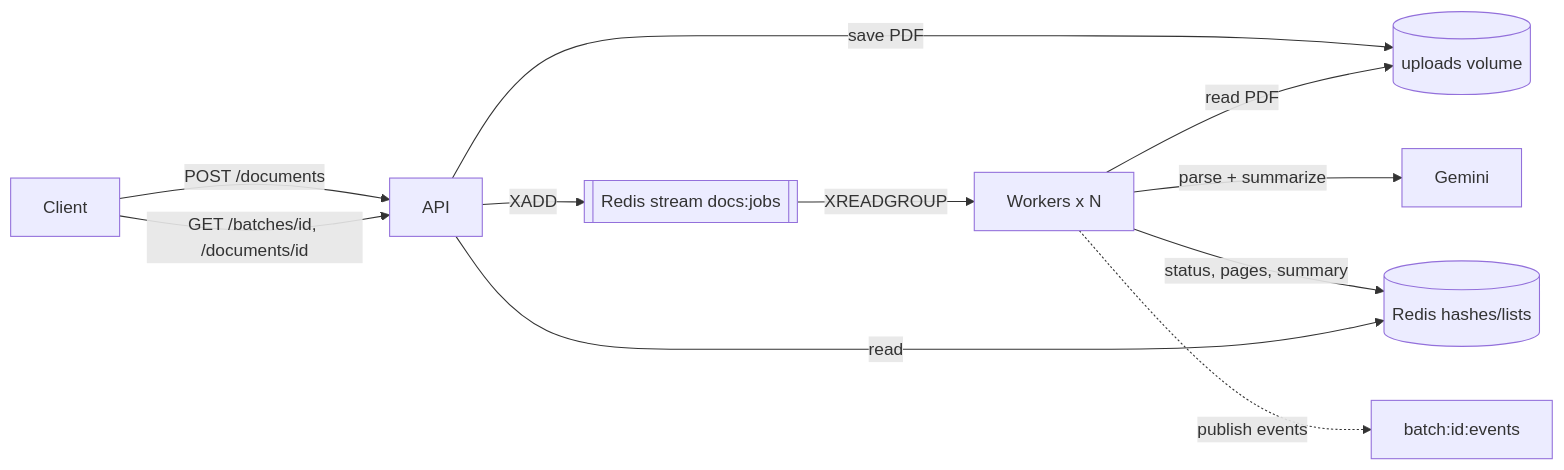
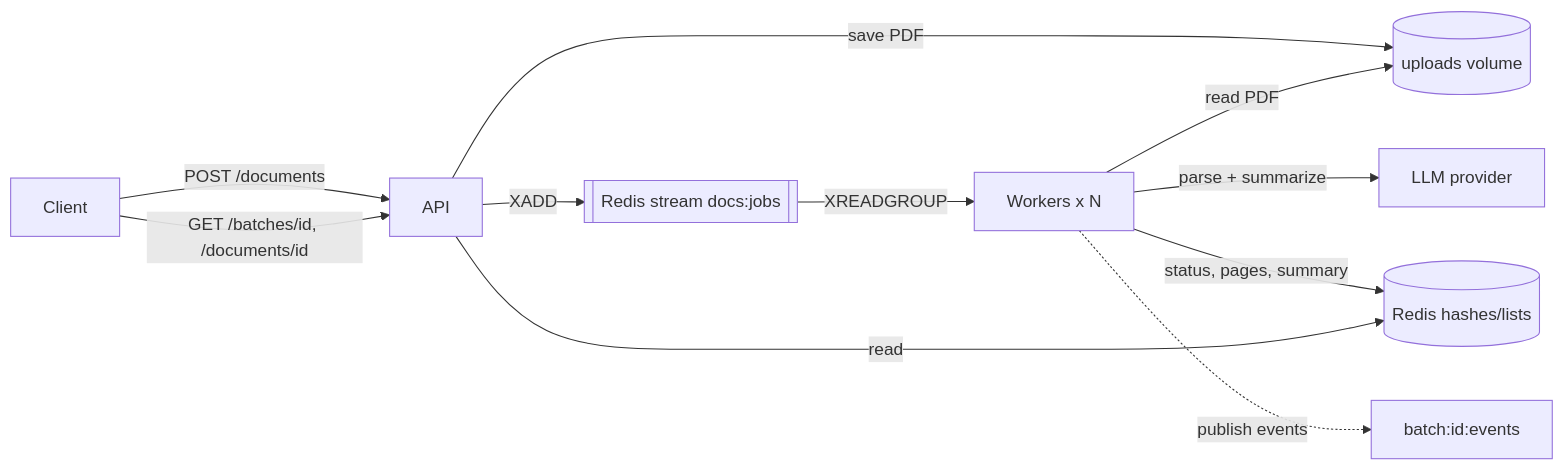
Before and after one commit to yunusovbekir/async-ai-pdf-processing-service: the diagram in README.md, drawn with Mermaid. The commit also changed other lines of this file and 21 other files, not shown here.

Commit message:
Add provider-agnostic LLM adapter with Gemini and OpenAI providers

````diff
--- a/README.md
+++ b/README.md
@@ -7,13 +7,13 @@
 ```mermaid
 flowchart LR
     C[Client] -->|POST /documents| A[API]
     A -->|save PDF| V[(uploads volume)]
     A -->|XADD| S[[Redis stream docs:jobs]]
     S -->|XREADGROUP| W[Workers x N]
     W -->|read PDF| V
-    W -->|parse + summarize| G[Gemini]
+    W -->|parse + summarize| G[LLM provider]
     W -->|status, pages, summary| R[(Redis hashes/lists)]
     W -.->|publish events| P[batch:id:events]
     C -->|GET /batches/id, /documents/id| A
     A -->|read| R
 ```
````
